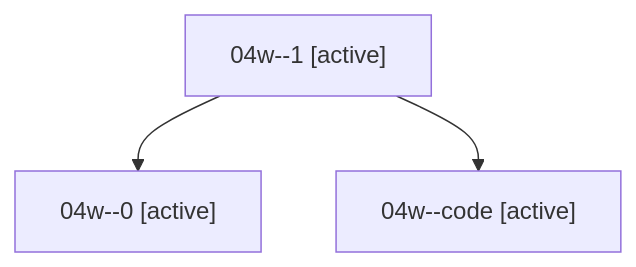
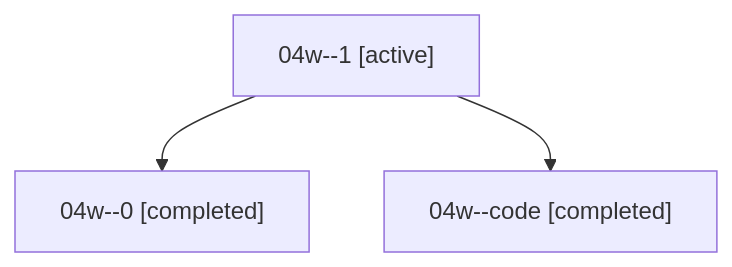
The diagram in families/bbugyi200.athena.04w.md (bobs-org/bob-cli--agents), drawn with Mermaid before and after one commit. The commit also changed other lines of this file and 77 other files, not shown here.

````diff
--- a/families/bbugyi200.athena.04w.md
+++ b/families/bbugyi200.athena.04w.md
@@ -9,8 +9,8 @@
 ```mermaid
 flowchart TD
   n0["04w--1 [active]"]
-  n1["04w--0 [active]"]
+  n1["04w--0 [completed]"]
   n0 --> n1
-  n2["04w--code [active]"]
+  n2["04w--code [completed]"]
   n0 --> n2
 ```
````
